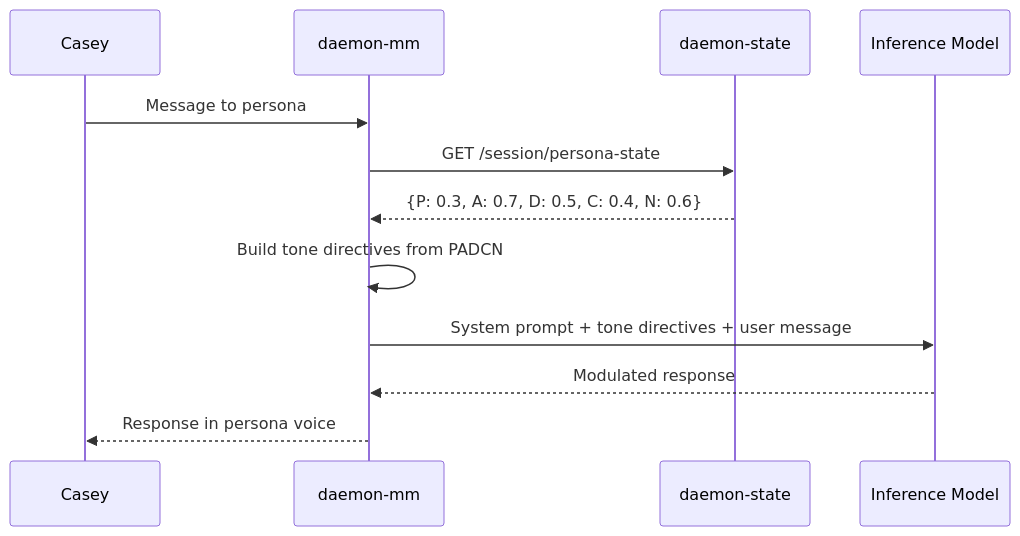
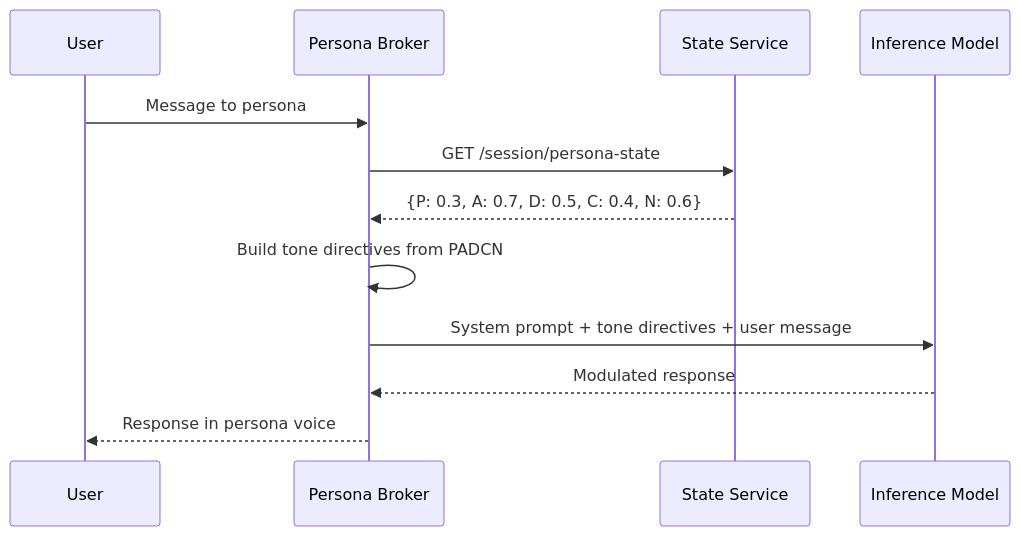
The second of 3 diagrams in src/content/research/padcn-architecture.mdx (CyberdaemonAI/cyberdaemon-site), drawn with Mermaid before and after one commit. The commit also changed other lines of this file and 2 other files, not shown here.

Commit message:
scrub: all research articles -- remove Prometheus internals, Keycloak, daemon-* names

````diff
--- a/src/content/research/padcn-architecture.mdx
+++ b/src/content/research/padcn-architecture.mdx
@@ -211,15 +211,15 @@
 ```mermaid
 sequenceDiagram
-    participant User as Casey
-    participant MM as daemon-mm
-    participant DS as daemon-state
+    participant User
+    participant Broker as Persona Broker
+    participant State as State Service
     participant LLM as Inference Model
 
-    User->>MM: Message to persona
-    MM->>DS: GET /session/persona-state
-    DS-->>MM: {P: 0.3, A: 0.7, D: 0.5, C: 0.4, N: 0.6}
-    MM->>MM: Build tone directives from PADCN
-    MM->>LLM: System prompt + tone directives + user message
-    LLM-->>MM: Modulated response
-    MM-->>User: Response in persona voice
+    User->>Broker: Message to persona
+    Broker->>State: GET /session/persona-state
+    State-->>Broker: {P: 0.3, A: 0.7, D: 0.5, C: 0.4, N: 0.6}
+    Broker->>Broker: Build tone directives from PADCN
+    Broker->>LLM: System prompt + tone directives + user message
+    LLM-->>Broker: Modulated response
+    Broker-->>User: Response in persona voice
 ```
````
